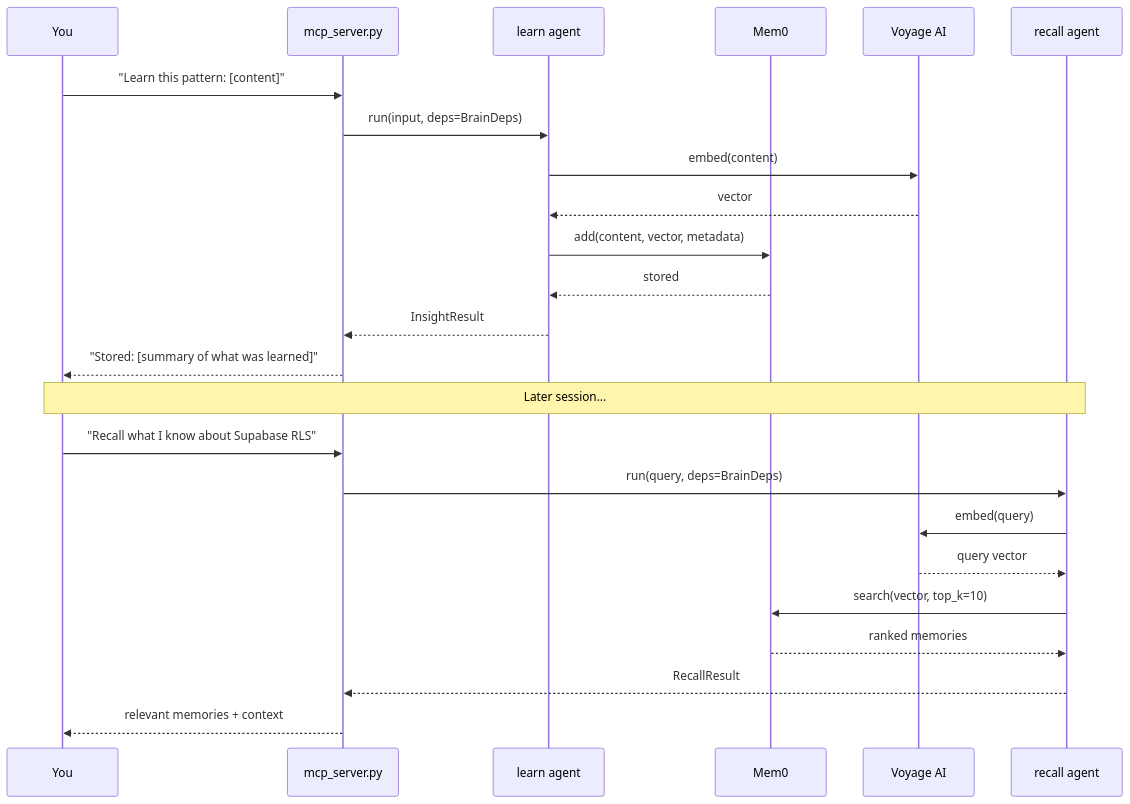
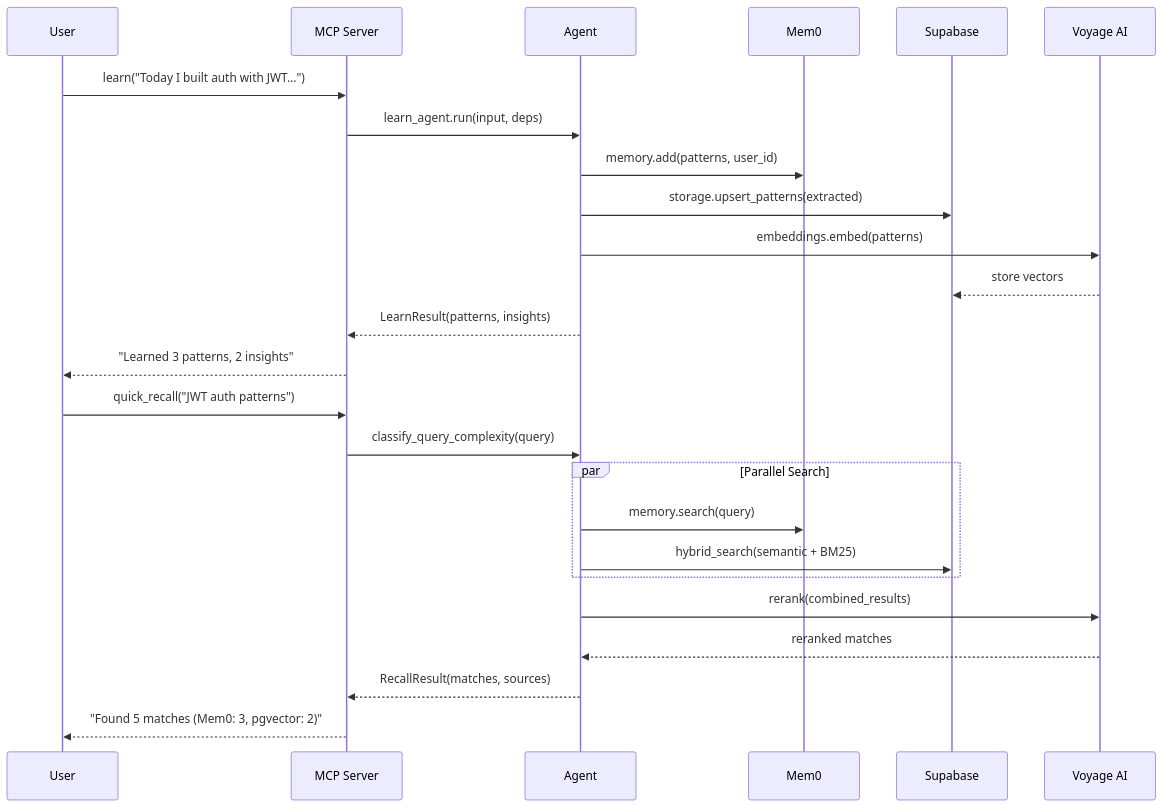
One commit to ryanjosebrosas/second-brain-ultimatum changed the second of 4 diagrams in README.md. Above: the diagram before and after it, drawn with Mermaid. The commit also changed other lines of this file and 1 other file, not shown here.

First line of the commit message:
docs: full README rewrite — progressive disclosure, 49-tool reference, hybrid search (1324 tests)

````diff
--- a/README.md
+++ b/README.md
@@ -372,29 +572,29 @@
 ```mermaid
 sequenceDiagram
-    participant You
-    participant MCP as mcp_server.py
-    participant Learn as learn agent
-    participant Mem0
-    participant Voyage as Voyage AI
-    participant Recall as recall agent
+    participant U as User
+    participant M as MCP Server
+    participant A as Agent
+    participant Mem as Mem0
+    participant S as Supabase
+    participant V as Voyage AI
 
-    You->>MCP: "Learn this pattern: [content]"
-    MCP->>Learn: run(input, deps=BrainDeps)
-    Learn->>Voyage: embed(content)
-    Voyage-->>Learn: vector
-    Learn->>Mem0: add(content, vector, metadata)
-    Mem0-->>Learn: stored
-    Learn-->>MCP: InsightResult
-    MCP-->>You: "Stored: [summary of what was learned]"
+    U->>M: learn("Today I built auth with JWT...")
+    M->>A: learn_agent.run(input, deps)
+    A->>Mem: memory.add(patterns, user_id)
+    A->>S: storage.upsert_patterns(extracted)
+    A->>V: embeddings.embed(patterns)
+    V-->>S: store vectors
+    A-->>M: LearnResult(patterns, insights)
+    M-->>U: "Learned 3 patterns, 2 insights"
 
-    Note over You,Recall: Later session...
-
-    You->>MCP: "Recall what I know about Supabase RLS"
-    MCP->>Recall: run(query, deps=BrainDeps)
-    Recall->>Voyage: embed(query)
-    Voyage-->>Recall: query vector
-    Recall->>Mem0: search(vector, top_k=10)
-    Mem0-->>Recall: ranked memories
-    Recall-->>MCP: RecallResult
-    MCP-->>You: relevant memories + context
+    U->>M: quick_recall("JWT auth patterns")
+    M->>A: classify_query_complexity(query)
+    par Parallel Search
+        A->>Mem: memory.search(query)
+        A->>S: hybrid_search(semantic + BM25)
+    end
+    A->>V: rerank(combined_results)
+    V-->>A: reranked matches
+    A-->>M: RecallResult(matches, sources)
+    M-->>U: "Found 5 matches (Mem0: 3, pgvector: 2)"
 ```
````
